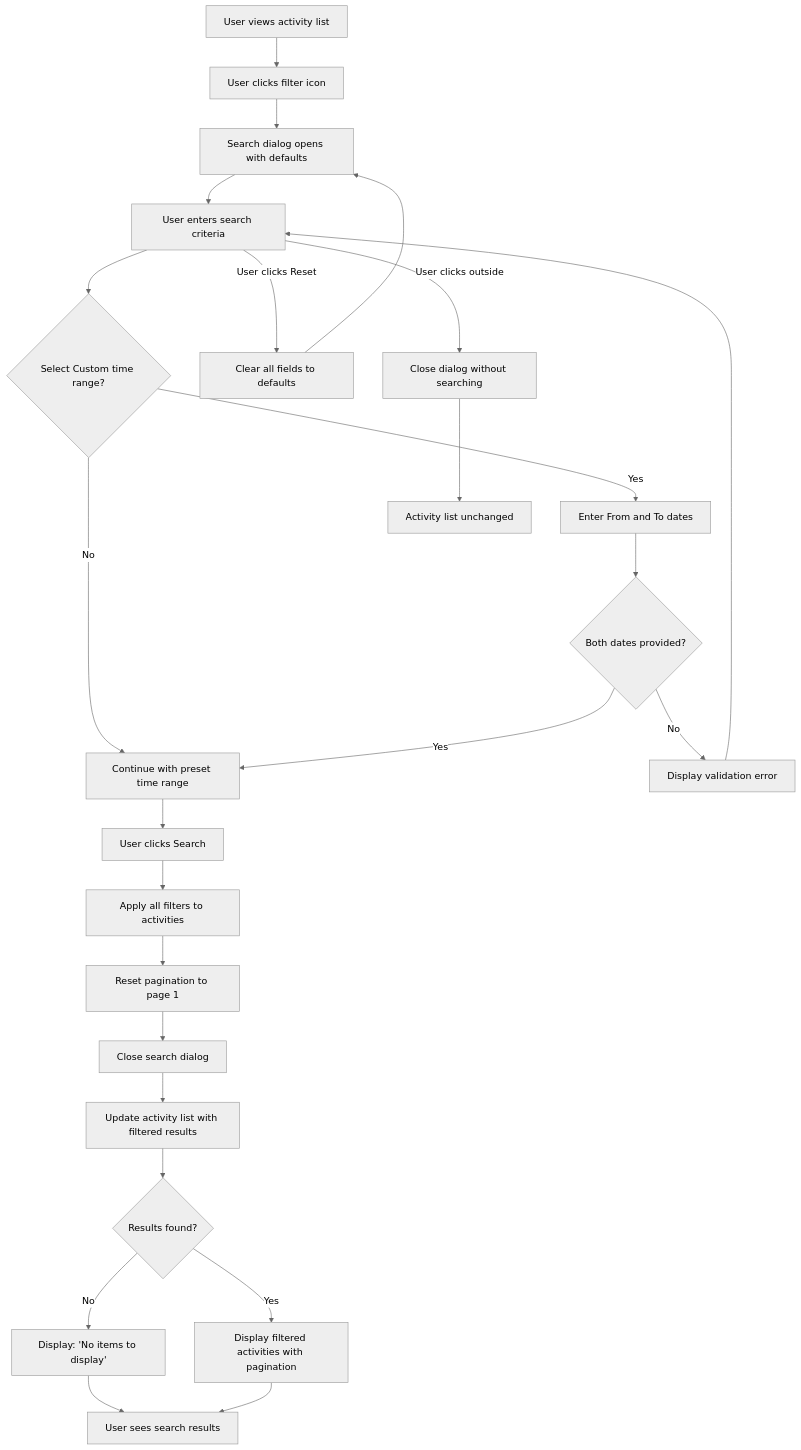
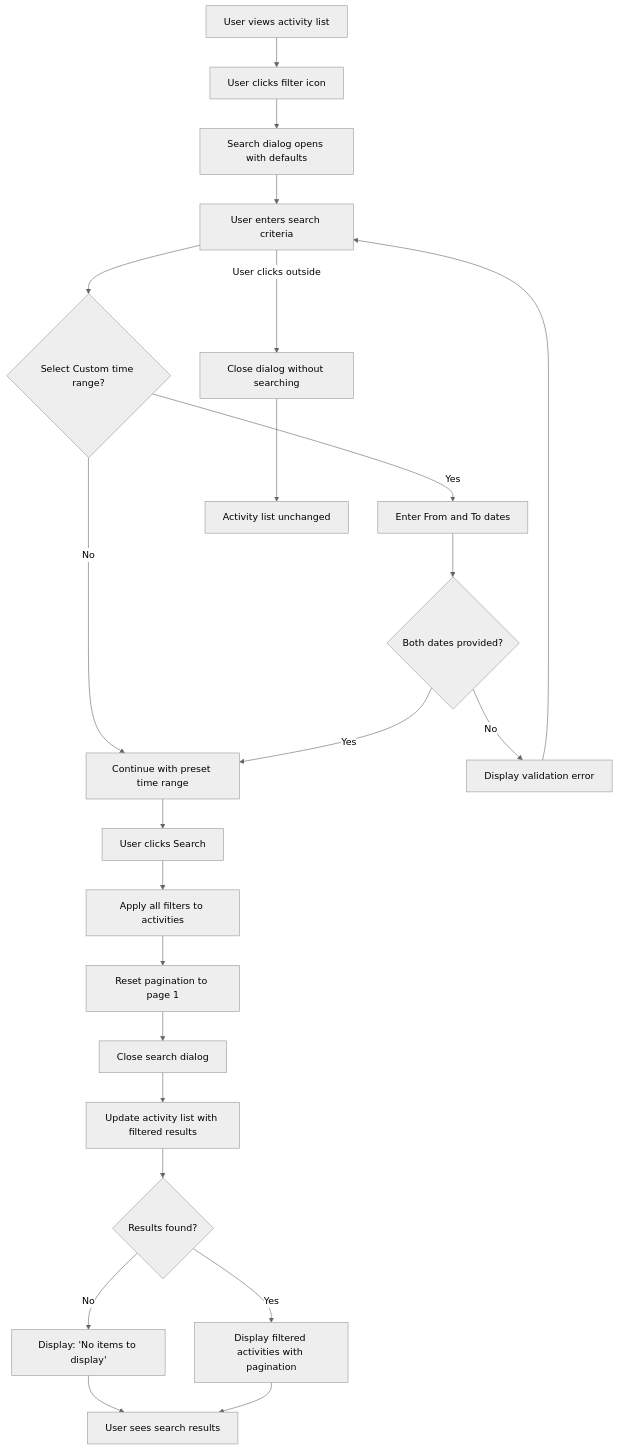
The diagram in docs/use-cases/diary/search-activity.md (lamhq/notebook), drawn with Mermaid (neutral theme) before and after one commit. The commit also changed other lines of this file and 196 other files, not shown here.

````diff
--- a/docs/use-cases/diary/search-activity.md
+++ b/docs/use-cases/diary/search-activity.md
@@ -116,27 +102,25 @@
 ```mermaid
 flowchart TD
     A[User views activity list] --> B[User clicks filter icon]
     B --> C[Search dialog opens with defaults]
     C --> D[User enters search criteria]
     D --> E{Select Custom time range?}
     E -->|Yes| F[Enter From and To dates]
     E -->|No| G[Continue with preset time range]
     F --> H{Both dates provided?}
     H -->|No| I["Display validation error"]
     I --> D
     H -->|Yes| G
     G --> J[User clicks Search]
     J --> K[Apply all filters to activities]
     K --> L[Reset pagination to page 1]
     L --> M[Close search dialog]
     M --> N[Update activity list with filtered results]
     N --> O{Results found?}
     O -->|No| P["Display: 'No items to display'"]
     O -->|Yes| Q[Display filtered activities with pagination]
     P --> R[User sees search results]
     Q --> R
-    D -->|User clicks Reset| S[Clear all fields to defaults]
-    S --> C
     D -->|User clicks outside| T[Close dialog without searching]
     T --> U[Activity list unchanged]
 ```
````
